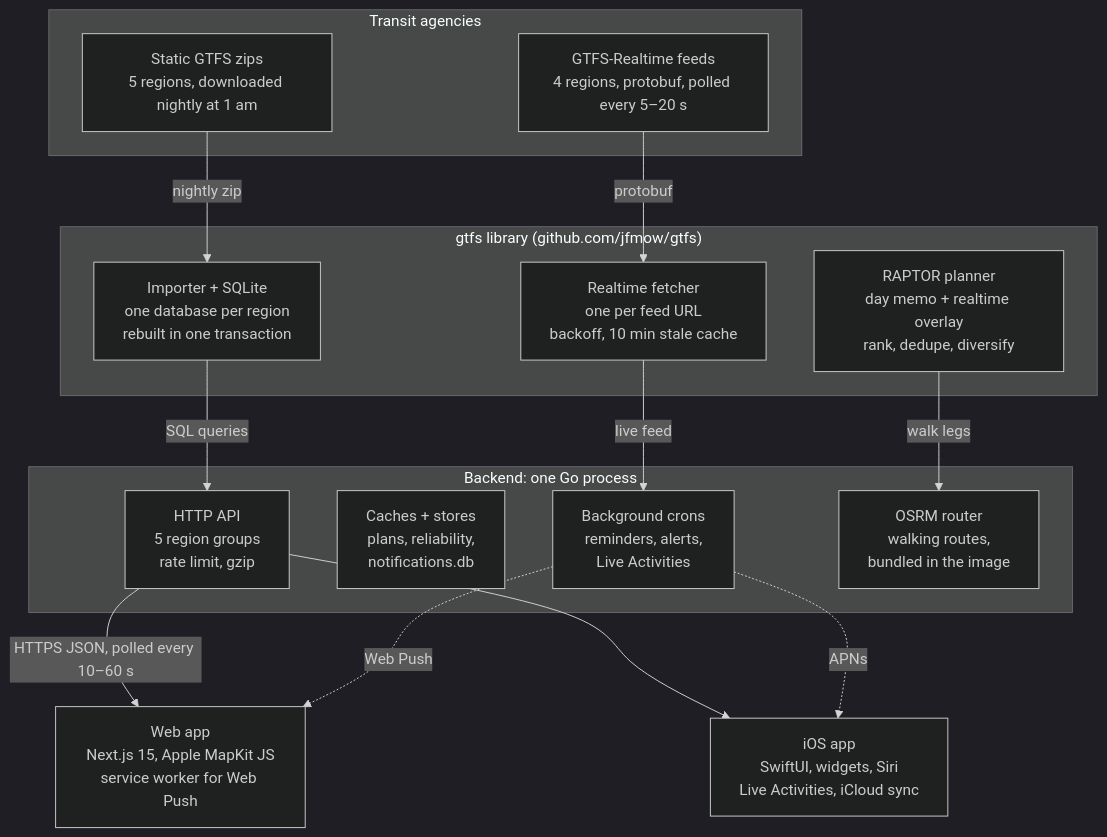
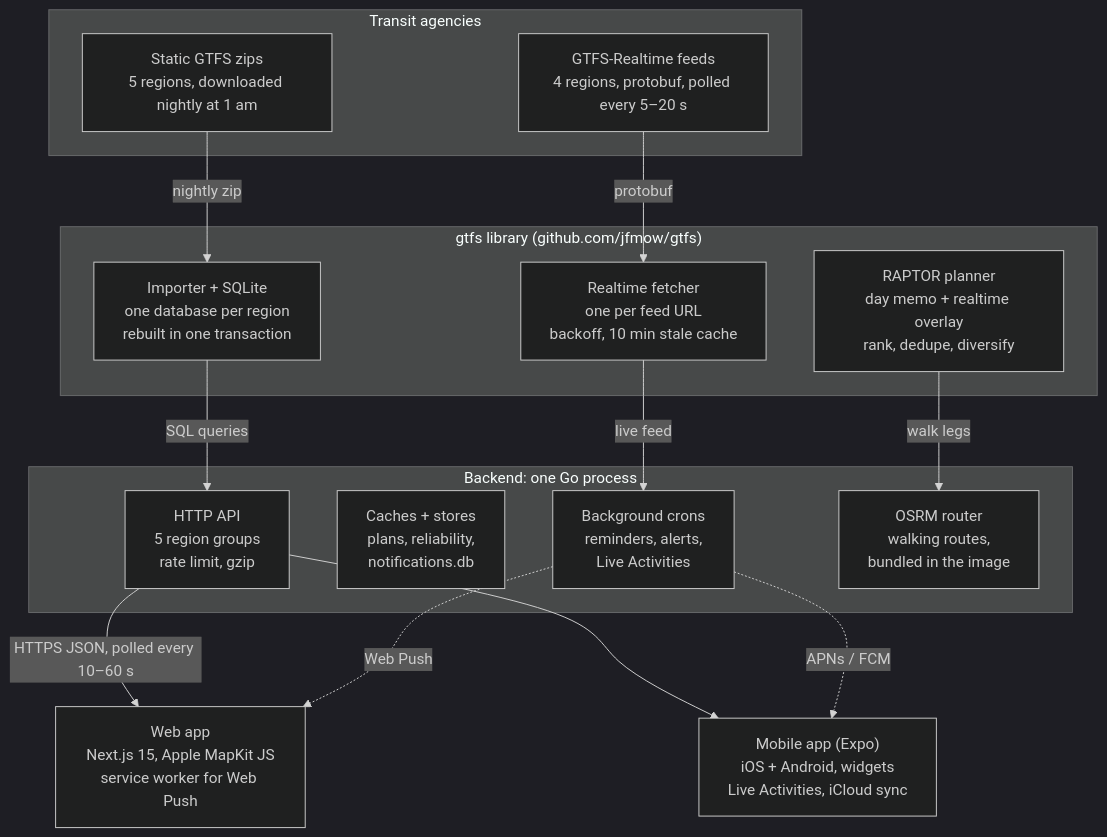
Before and after one commit to jfmow/gtfs-new-zealand: the first of 5 diagrams in ARCHITECTURE.md, drawn with Mermaid (dark theme). The commit also changed other lines of this file and 205 other files, not shown here.

First line of the commit message:
Remove the SwiftUI app (ios/); the Expo app replaces it

````diff
--- a/ARCHITECTURE.md
+++ b/ARCHITECTURE.md
@@ -25,30 +25,30 @@
 ```mermaid
 flowchart TB
     subgraph agencies["Transit agencies"]
         static["Static GTFS zips<br/>5 regions, downloaded nightly at 1 am"]
         rtfeeds["GTFS-Realtime feeds<br/>4 regions, protobuf, polled every 5–20 s"]
     end
     subgraph lib["gtfs library (github.com/jfmow/gtfs)"]
         importer["Importer + SQLite<br/>one database per region<br/>rebuilt in one transaction"]
         fetcher["Realtime fetcher<br/>one per feed URL<br/>backoff, 10 min stale cache"]
         planner["RAPTOR planner<br/>day memo + realtime overlay<br/>rank, dedupe, diversify"]
     end
     subgraph backend["Backend: one Go process"]
         api["HTTP API<br/>5 region groups<br/>rate limit, gzip"]
         stores["Caches + stores<br/>plans, reliability,<br/>notifications.db"]
         crons["Background crons<br/>reminders, alerts,<br/>Live Activities"]
         osrm["OSRM router<br/>walking routes,<br/>bundled in the image"]
     end
     web["Web app<br/>Next.js 15, Apple MapKit JS<br/>service worker for Web Push"]
-    ios["iOS app<br/>SwiftUI, widgets, Siri<br/>Live Activities, iCloud sync"]
+    ios["Mobile app (Expo)<br/>iOS + Android, widgets<br/>Live Activities, iCloud sync"]
 
     static -- "nightly zip" --> importer
     rtfeeds -- "protobuf" --> fetcher
     importer -- "SQL queries" --> api
     fetcher -- "live feed" --> crons
     planner -- "walk legs" --> osrm
     api -- "HTTPS JSON, polled every 10–60 s" --> web
     api --> ios
     crons -. "Web Push" .-> web
-    crons -. "APNs" .-> ios
+    crons -. "APNs / FCM" .-> ios
 ```
````
